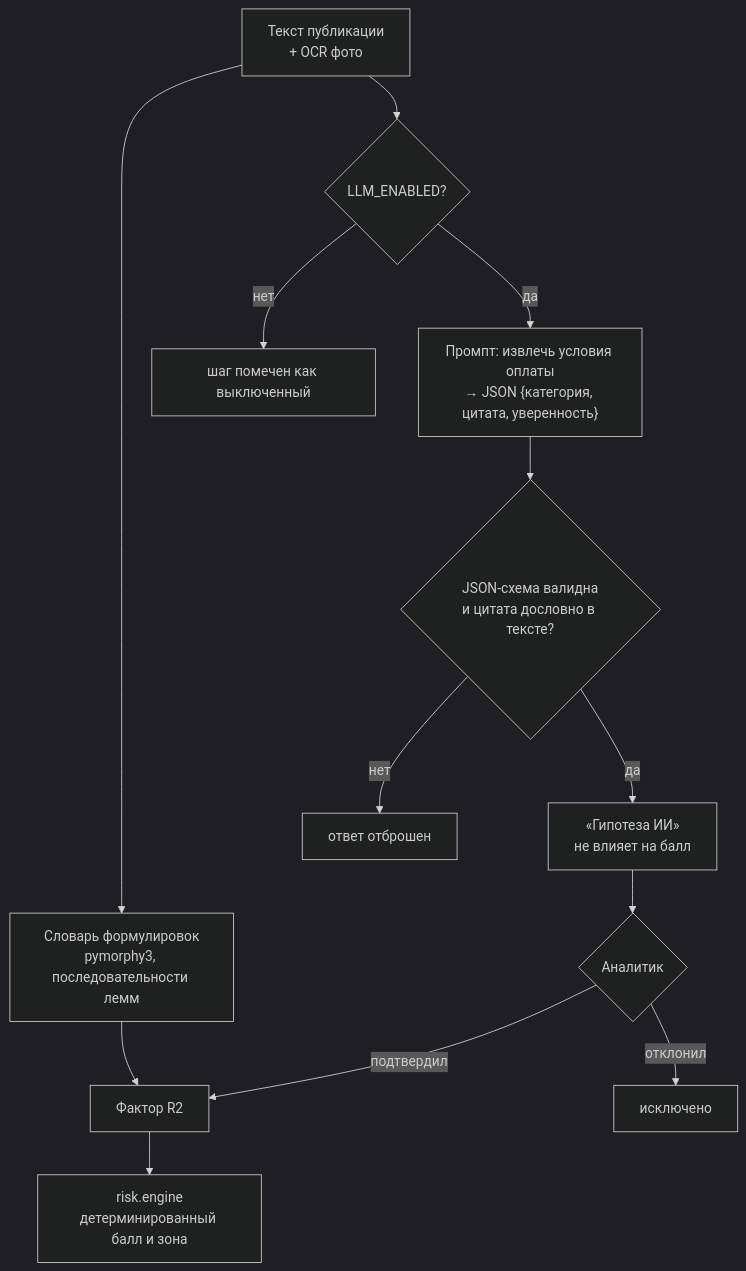
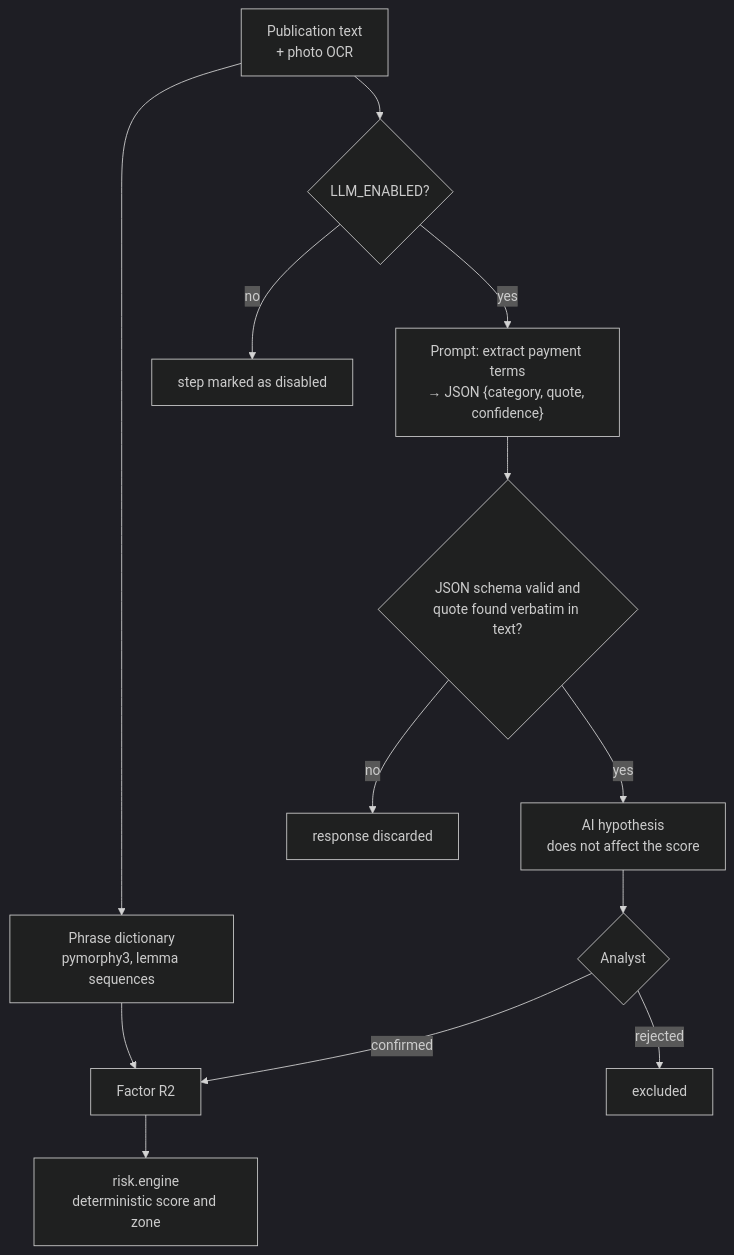
Before and after one commit to hhhhhffd/saq-qurylys: the third of 3 diagrams in README.md, drawn with Mermaid (dark theme). The commit also changed other lines of this file and 1 other file, not shown here.

````diff
--- a/README.md
+++ b/README.md
@@ -119,15 +141,15 @@
 ```mermaid
 flowchart TD
-    T["Текст публикации<br/>+ OCR фото"] --> D["Словарь формулировок<br/>pymorphy3, последовательности лемм"]
+    T["Publication text<br/>+ photo OCR"] --> D["Phrase dictionary<br/>pymorphy3, lemma sequences"]
     T --> L{"LLM_ENABLED?"}
-    L -- нет --> SKIP["шаг помечен как выключенный"]
-    L -- да --> P["Промпт: извлечь условия оплаты<br/>→ JSON {категория, цитата, уверенность}"]
-    P --> V{"JSON-схема валидна<br/>и цитата дословно в тексте?"}
-    V -- нет --> DROP["ответ отброшен"]
-    V -- да --> H["«Гипотеза ИИ»<br/>не влияет на балл"]
-    H --> HUM{"Аналитик"}
-    HUM -- подтвердил --> F["Фактор R2"]
-    HUM -- отклонил --> X["исключено"]
+    L -- no --> SKIP["step marked as disabled"]
+    L -- yes --> P["Prompt: extract payment terms<br/>→ JSON {category, quote, confidence}"]
+    P --> V{"JSON schema valid and<br/>quote found verbatim in text?"}
+    V -- no --> DROP["response discarded"]
+    V -- yes --> H["AI hypothesis<br/>does not affect the score"]
+    H --> HUM{"Analyst"}
+    HUM -- confirmed --> F["Factor R2"]
+    HUM -- rejected --> X["excluded"]
     D --> F
-    F --> E["risk.engine<br/>детерминированный балл и зона"]
+    F --> E["risk.engine<br/>deterministic score and zone"]
 ```
````
